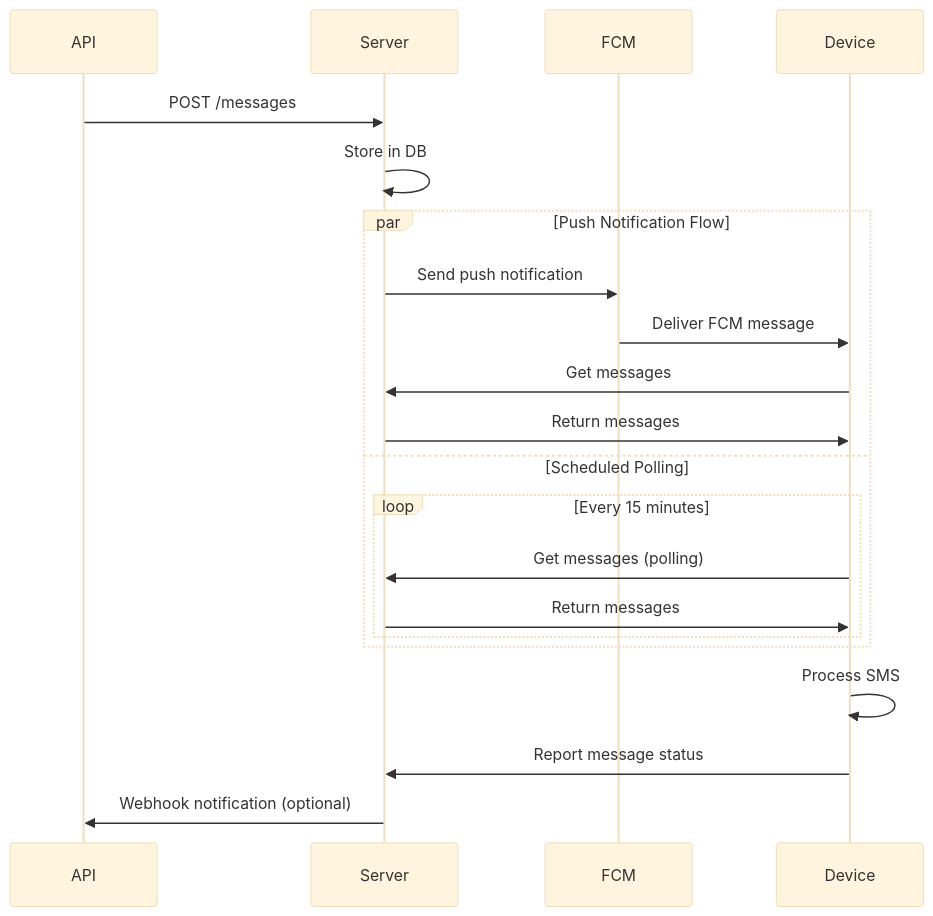
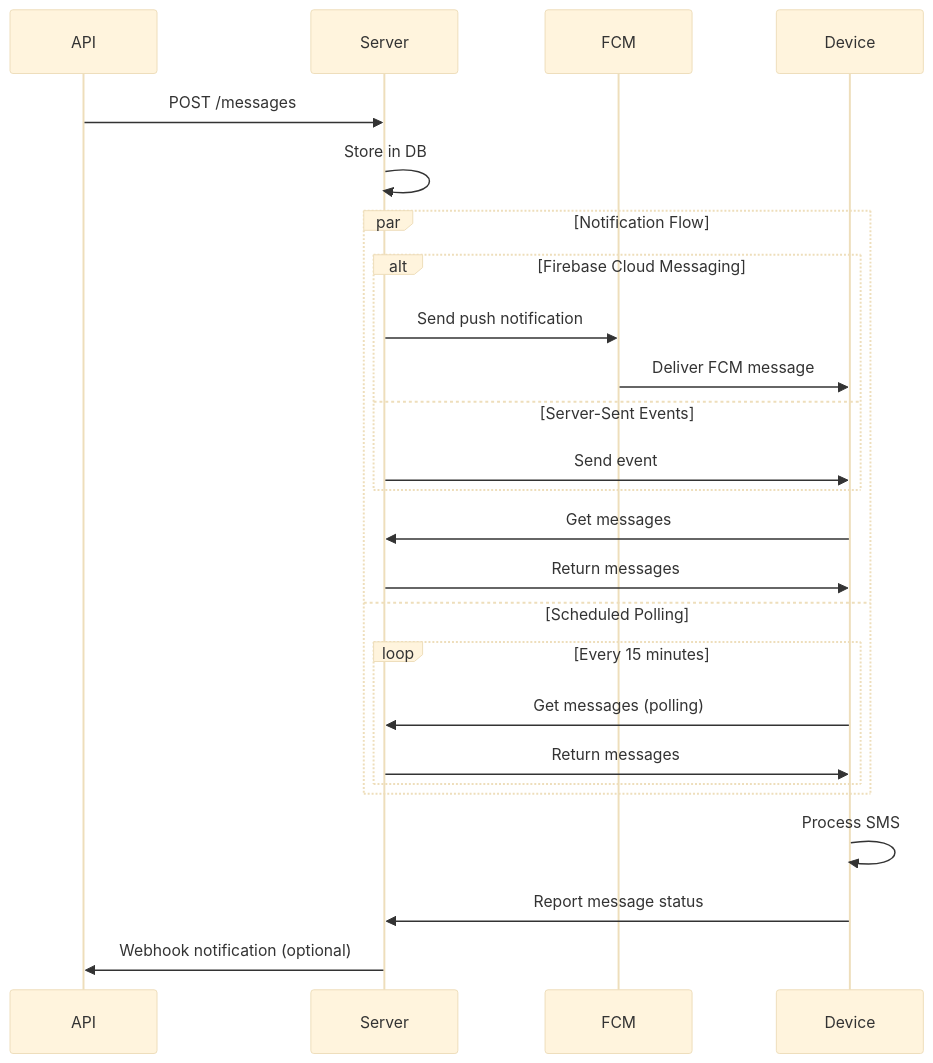
One commit to android-sms-gateway/docs-web changed the first of 4 diagrams in docs/getting-started/public-cloud-server.md. Above: the diagram before and after it, drawn with Mermaid (base theme). The commit also changed other lines of this file, not shown here.

````diff
--- a/docs/getting-started/public-cloud-server.md
+++ b/docs/getting-started/public-cloud-server.md
@@ -20,26 +21,29 @@
 ```mermaid
 sequenceDiagram
     participant API
     participant Server
     participant FCM
     participant Device
     
     API->>Server: POST /messages
     Server->>Server: Store in DB
-    
-    par Push Notification Flow
-        Server->>FCM: Send push notification
-        FCM->>Device: Deliver FCM message
+    par Notification Flow
+        alt Firebase Cloud Messaging
+            Server->>FCM: Send push notification
+            FCM->>Device: Deliver FCM message
+        else Server-Sent Events
+            Server->>Device: Send event
+        end
         Device->>Server: Get messages
         Server->>Device: Return messages
     and Scheduled Polling
         loop Every 15 minutes
             Device->>Server: Get messages (polling)
             Server->>Device: Return messages
         end
     end
     
     Device->>Device: Process SMS
     Device->>Server: Report message status
     Server->>API: Webhook notification (optional)
 ```
````
